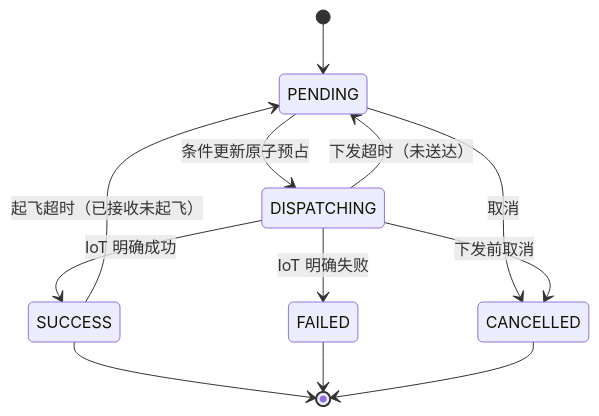
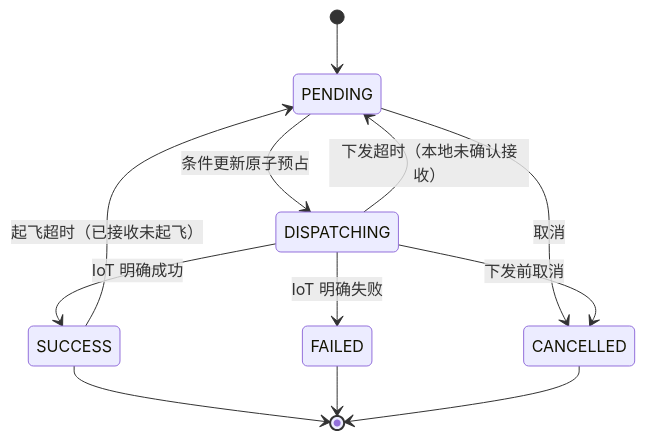
Before and after one commit to rominw/html-docs: the fifth of 15 diagrams in site/documents/uav-backend-review-handbook.md, drawn with Mermaid. The commit also changed other lines of this file and 2 other files, not shown here.

````diff
--- a/site/documents/uav-backend-review-handbook.md
+++ b/site/documents/uav-backend-review-handbook.md
@@ -592,14 +654,14 @@
 ```mermaid
 stateDiagram-v2
     [*] --> PENDING
     PENDING --> DISPATCHING : 条件更新原子预占
     DISPATCHING --> SUCCESS : IoT 明确成功
     DISPATCHING --> FAILED : IoT 明确失败
-    DISPATCHING --> PENDING : 下发超时（未送达）
+    DISPATCHING --> PENDING : 下发超时（本地未确认接收）
     SUCCESS --> PENDING : 起飞超时（已接收未起飞）
     PENDING --> CANCELLED : 取消
     DISPATCHING --> CANCELLED : 下发前取消
     SUCCESS --> [*]
     FAILED --> [*]
     CANCELLED --> [*]
 ```
````
